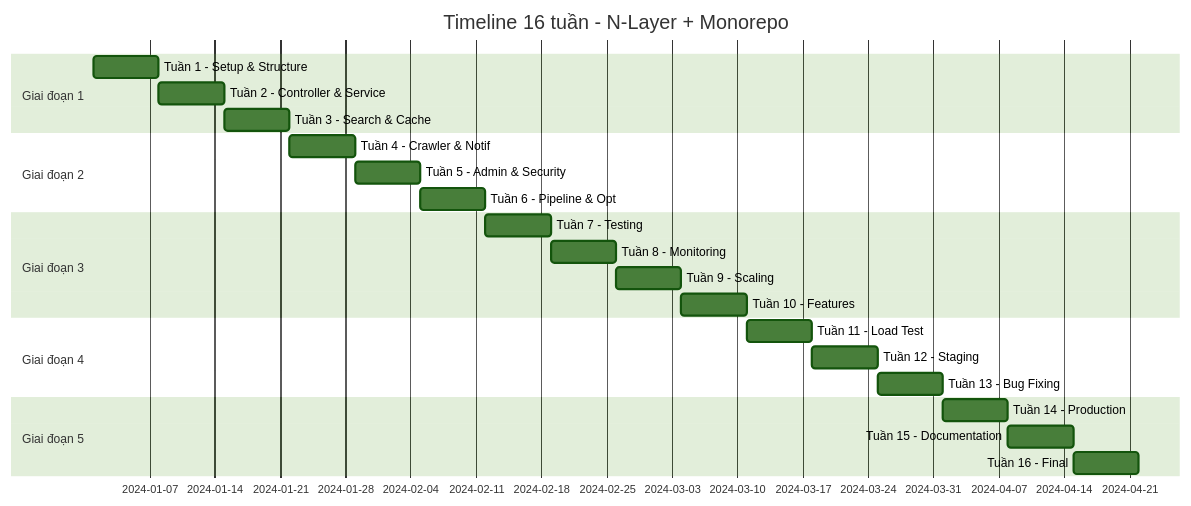
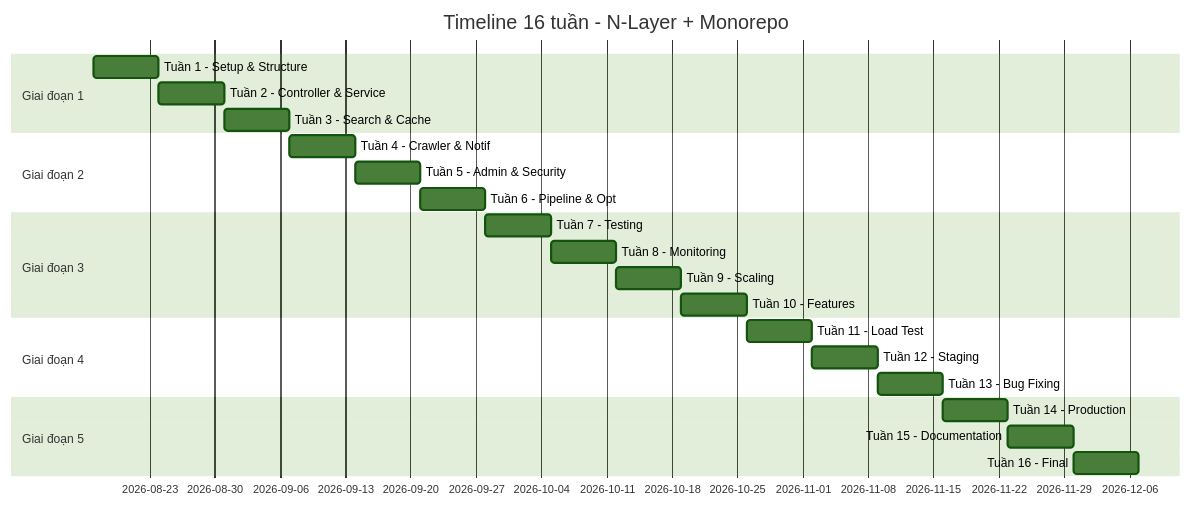
Diagram 19 of 19 in docs/plan-2-n-layer-monorepo.md (dut-pbl6-2026/job-platform-docs), drawn with Mermaid (forest theme) before and after one commit. The commit also changed other lines of this file and 1 other file, not shown here.

````diff
--- a/docs/plan-2-n-layer-monorepo.md
+++ b/docs/plan-2-n-layer-monorepo.md
@@ -1090,26 +1089,26 @@
 ```mermaid
 gantt
     title Timeline 16 tuần - N-Layer + Monorepo
     dateFormat  YYYY-MM-DD
     section Giai đoạn 1
-    Tuần 1 - Setup & Structure    :a1, 2024-01-01, 7d
+    Tuần 1 - Setup & Structure    :a1, 2026-08-17, 7d
     Tuần 2 - Controller & Service :a2, after a1, 7d
     Tuần 3 - Search & Cache       :a3, after a2, 7d
     section Giai đoạn 2
     Tuần 4 - Crawler & Notif      :a4, after a3, 7d
     Tuần 5 - Admin & Security     :a5, after a4, 7d
     Tuần 6 - Pipeline & Opt       :a6, after a5, 7d
     section Giai đoạn 3
     Tuần 7 - Testing              :a7, after a6, 7d
     Tuần 8 - Monitoring           :a8, after a7, 7d
     Tuần 9 - Scaling              :a9, after a8, 7d
     Tuần 10 - Features            :a10, after a9, 7d
     section Giai đoạn 4
     Tuần 11 - Load Test           :a11, after a10, 7d
     Tuần 12 - Staging             :a12, after a11, 7d
     Tuần 13 - Bug Fixing          :a13, after a12, 7d
     section Giai đoạn 5
     Tuần 14 - Production          :a14, after a13, 7d
     Tuần 15 - Documentation       :a15, after a14, 7d
     Tuần 16 - Final               :a16, after a15, 7d
 ```
````
